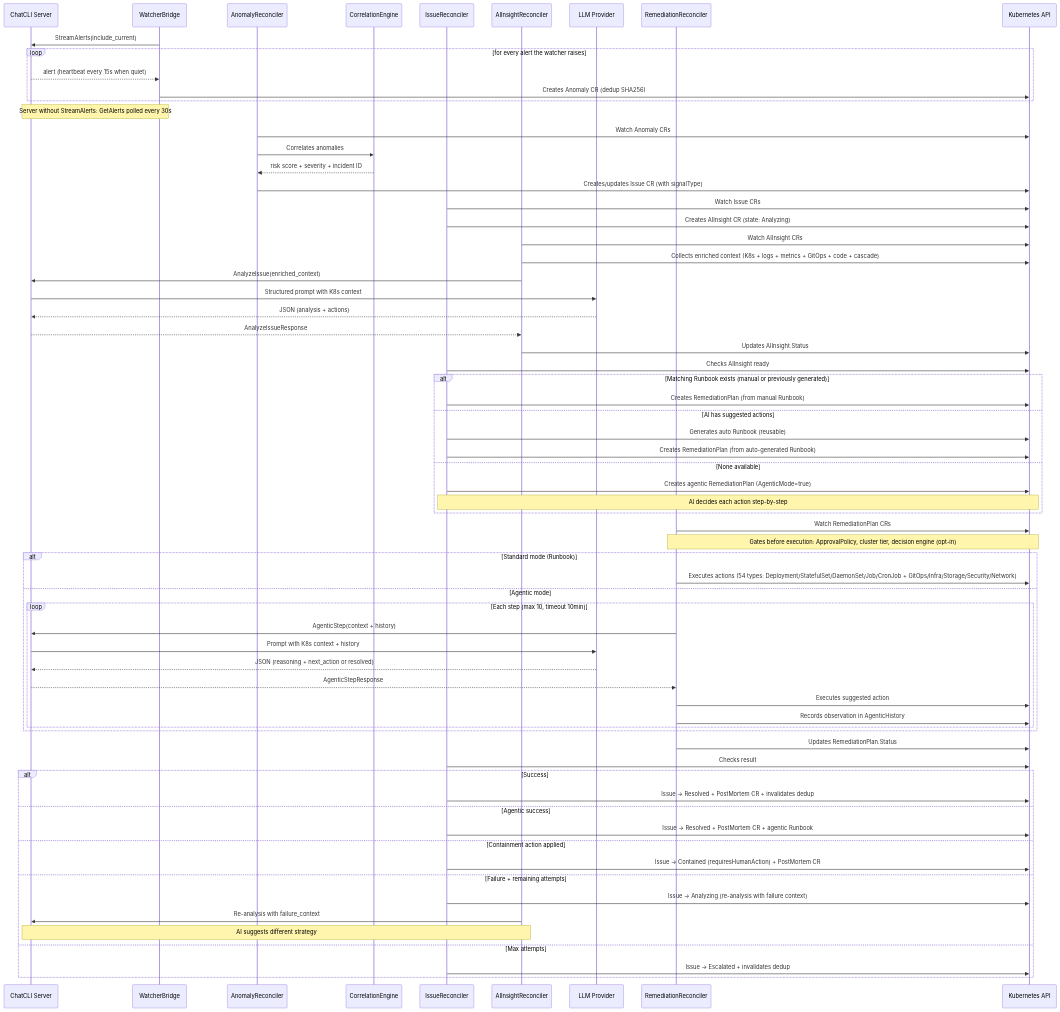
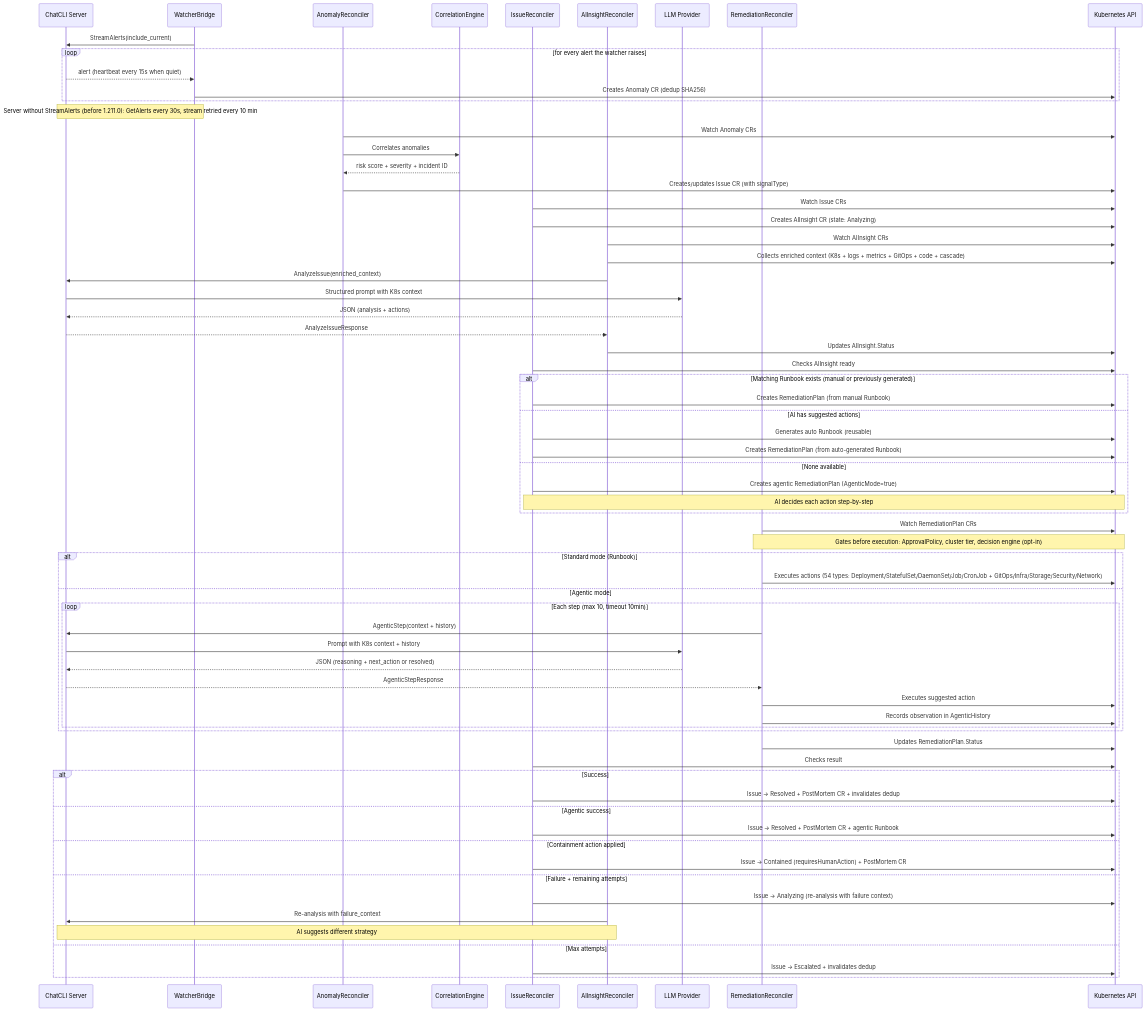
One commit to diillson/chatcli.ai changed the first of 3 diagrams in features/aiops-platform.mdx. Above: the diagram before and after it, drawn with Mermaid. The commit also changed other lines of this file and 20 other files, not shown here.

````diff
--- a/features/aiops-platform.mdx
+++ b/features/aiops-platform.mdx
@@ -64,78 +64,78 @@
 ```mermaid
 sequenceDiagram
     participant Server as ChatCLI Server
     participant WB as WatcherBridge
     participant AR as AnomalyReconciler
     participant CE as CorrelationEngine
     participant IR as IssueReconciler
     participant AIR as AIInsightReconciler
     participant LLM as LLM Provider
     participant RR as RemediationReconciler
     participant K8s as Kubernetes API
 
     WB->>Server: StreamAlerts(include_current)
     loop for every alert the watcher raises
         Server-->>WB: alert (heartbeat every 15s when quiet)
         WB->>K8s: Creates Anomaly CR (dedup SHA256)
     end
-    Note over WB,Server: Server without StreamAlerts: GetAlerts polled every 30s
+    Note over WB,Server: Server without StreamAlerts (before 1.211.0): GetAlerts every 30s, stream retried every 10 min
 
     AR->>K8s: Watch Anomaly CRs
     AR->>CE: Correlates anomalies
     CE-->>AR: risk score + severity + incident ID
     AR->>K8s: Creates/updates Issue CR (with signalType)
 
     IR->>K8s: Watch Issue CRs
     IR->>K8s: Creates AIInsight CR (state: Analyzing)
 
     AIR->>K8s: Watch AIInsight CRs
     AIR->>K8s: Collects enriched context (K8s + logs + metrics + GitOps + code + cascade)
     AIR->>Server: AnalyzeIssue(enriched_context)
     Server->>LLM: Structured prompt with K8s context
     LLM-->>Server: JSON (analysis + actions)
     Server-->>AIR: AnalyzeIssueResponse
     AIR->>K8s: Updates AIInsight.Status
 
     IR->>K8s: Checks AIInsight ready
     alt Matching Runbook exists (manual or previously generated)
         IR->>K8s: Creates RemediationPlan (from manual Runbook)
     else AI has suggested actions
         IR->>K8s: Generates auto Runbook (reusable)
         IR->>K8s: Creates RemediationPlan (from auto-generated Runbook)
     else None available
         IR->>K8s: Creates agentic RemediationPlan (AgenticMode=true)
         Note over IR,K8s: AI decides each action step-by-step
     end
 
     RR->>K8s: Watch RemediationPlan CRs
     Note over RR,K8s: Gates before execution: ApprovalPolicy, cluster tier, decision engine (opt-in)
 
     alt Standard mode (Runbook)
         RR->>K8s: Executes actions (54 types: Deployment/StatefulSet/DaemonSet/Job/CronJob + GitOps/Infra/Storage/Security/Network)
     else Agentic mode
         loop Each step (max 10, timeout 10min)
             RR->>Server: AgenticStep(context + history)
             Server->>LLM: Prompt with K8s context + history
             LLM-->>Server: JSON (reasoning + next_action or resolved)
             Server-->>RR: AgenticStepResponse
             RR->>K8s: Executes suggested action
             RR->>K8s: Records observation in AgenticHistory
         end
     end
     RR->>K8s: Updates RemediationPlan.Status
 
     IR->>K8s: Checks result
     alt Success
         IR->>K8s: Issue -> Resolved + PostMortem CR + invalidates dedup
     else Agentic success
         IR->>K8s: Issue -> Resolved + PostMortem CR + agentic Runbook
     else Containment action applied
         IR->>K8s: Issue -> Contained (requiresHumanAction) + PostMortem CR
     else Failure + remaining attempts
         IR->>K8s: Issue -> Analyzing (re-analysis with failure context)
         AIR->>Server: Re-analysis with failure_context
         Note over AIR,Server: AI suggests different strategy
     else Max attempts
         IR->>K8s: Issue -> Escalated + invalidates dedup
     end
 ```
````
